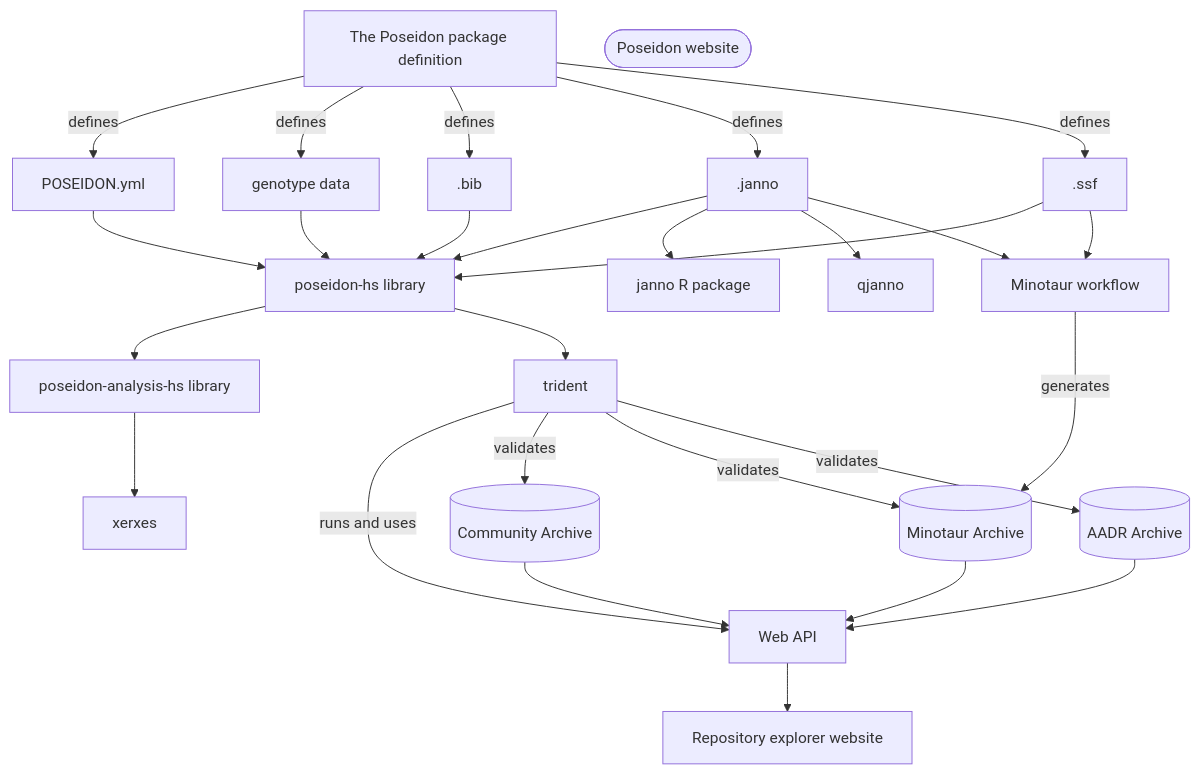
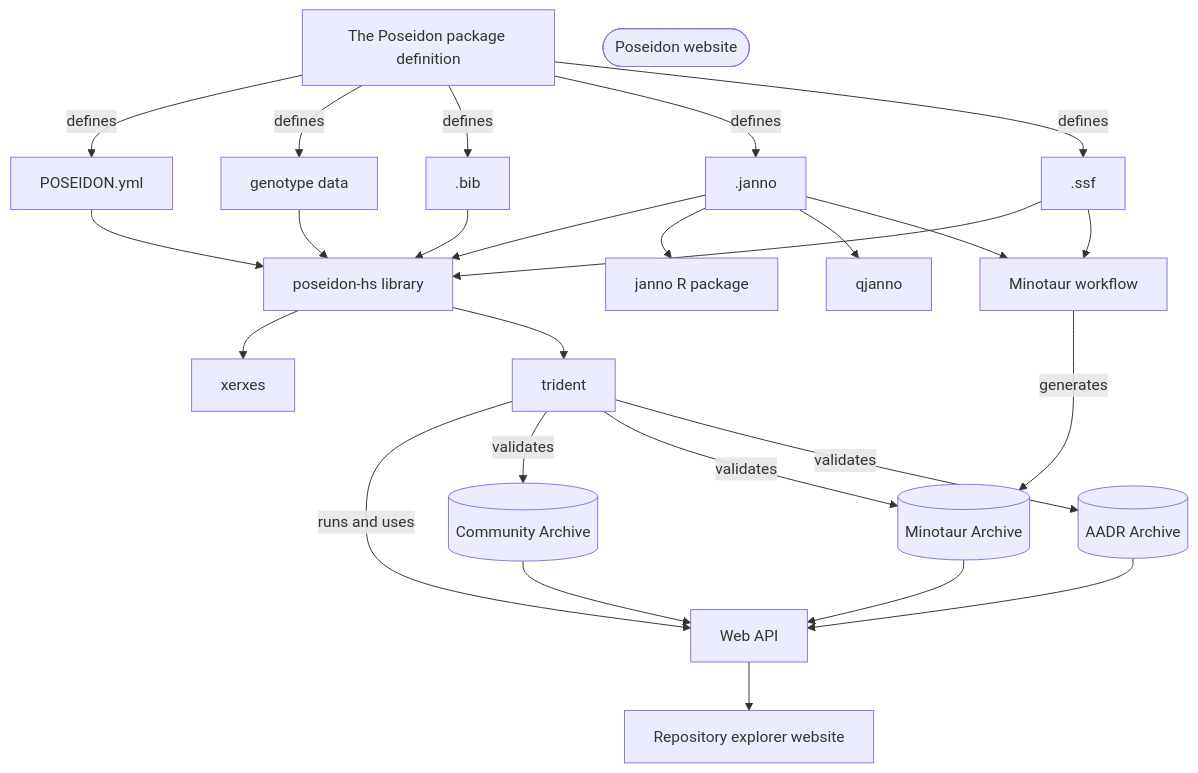
Before and after one commit to poseidon-framework/poseidon-framework.github.io: the diagram in dev_notes.md, drawn with Mermaid. The commit also changed 2 other files, not shown here.

Commit message:
more minor changes on different pages

````diff
--- a/dev_notes.md
+++ b/dev_notes.md
@@ -5,70 +5,67 @@
 ```mermaid
 flowchart TD
     
 	%% comment
 
     packageDef["The Poseidon package definition"]
 
     poseidonYMLDef["POSEIDON.yml"]
 	packageDef -- defines --> poseidonYMLDef
 
     genotypeDef["genotype data"]
 	packageDef -- defines --> genotypeDef
 
 	bibDef[".bib"]
 	packageDef -- defines --> bibDef
     
     jannoDef[".janno"]
     packageDef -- defines --> jannoDef
 
     ssfDef[".ssf"]
     packageDef -- defines --> ssfDef
 
-    poseidonAnalysisHS["poseidon-analysis-hs library"]
-    poseidonHS --> poseidonAnalysisHS
-
     xerxes["xerxes"]
-    poseidonAnalysisHS --> xerxes
+    poseidonHS --> xerxes
 
     poseidonHS["poseidon-hs library"]
     poseidonYMLDef --> poseidonHS
 	genotypeDef --> poseidonHS
 	jannoDef --> poseidonHS
 	bibDef --> poseidonHS
 	ssfDef --> poseidonHS
 
     trident["trident"]
     poseidonHS --> trident
 
     api["Web API"]
     trident -- runs and uses --> api
 	api --> explorer
     PCA --> api
     PMA --> api
     PAA --> api
 
     jannoR["janno R package"]
     jannoDef --> jannoR
 
     qjanno["qjanno"]
     jannoDef --> qjanno
 
     minotaur["Minotaur workflow"]
     jannoDef --> minotaur
 	ssfDef --> minotaur
 
 	PCA[(Community Archive)]
 	trident -- validates --> PCA
 
 	explorer[Repository explorer website]
 
 	PMA[(Minotaur Archive)]
 	minotaur -- generates --> PMA
 	trident -- validates --> PMA
 
 	PAA[(AADR Archive)]
 	trident -- validates --> PAA
 
 	website([Poseidon website])
 
 ```
````
